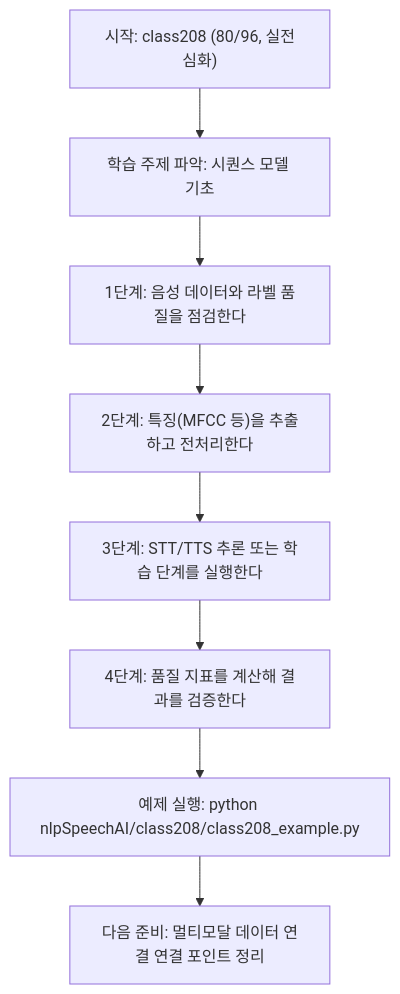
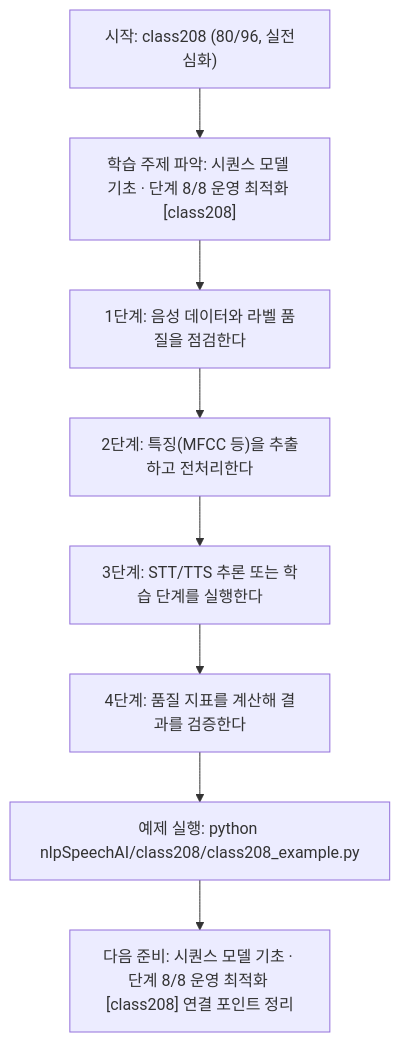
One commit to edumgt/Python-AI_Agent-Class changed the diagram in nlpSpeechAI/class208/class208.md. Above: the diagram before and after it, drawn with Mermaid. The commit also changed other lines of this file and 522 other files, not shown here.

````diff
--- a/nlpSpeechAI/class208/class208.md
+++ b/nlpSpeechAI/class208/class208.md
@@ -113,18 +114,18 @@
 ```mermaid
 flowchart TD
 N1["시작: class208 (80/96, 실전심화)"]
-N2["학습 주제 파악: 시퀀스 모델 기초"]
+N2["학습 주제 파악: 시퀀스 모델 기초 · 단계 8/8 운영 최적화 [class208]"]
 N3["1단계: 음성 데이터와 라벨 품질을 점검한다"]
 N4["2단계: 특징(MFCC 등)을 추출하고 전처리한다"]
 N5["3단계: STT/TTS 추론 또는 학습 단계를 실행한다"]
 N6["4단계: 품질 지표를 계산해 결과를 검증한다"]
 N7["예제 실행: python nlpSpeechAI/class208/class208_example.py"]
-N8["다음 준비: 멀티모달 데이터 연결 연결 포인트 정리"]
+N8["다음 준비: 시퀀스 모델 기초 · 단계 8/8 운영 최적화 [class208] 연결 포인트 정리"]
 N1 --> N2
 N2 --> N3
 N3 --> N4
 N4 --> N5
 N5 --> N6
 N6 --> N7
 N7 --> N8
 ```
````
